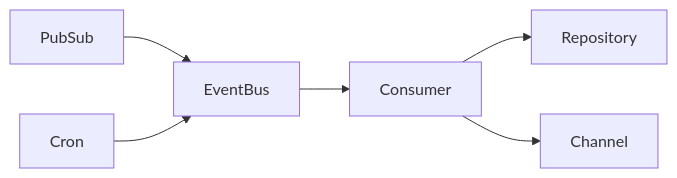
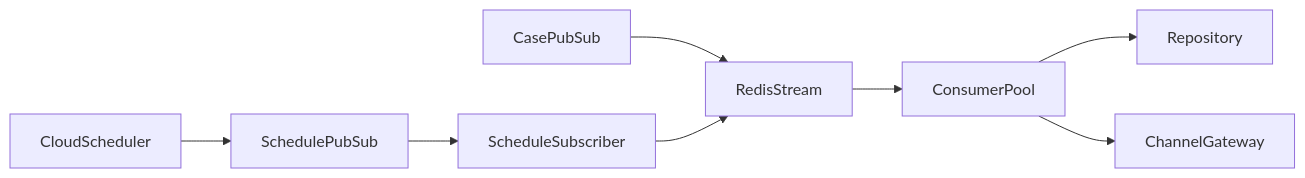
One commit to katherineliu2102/Intelligent-Collection-V1 changed the first of 3 diagrams in docs/MOCASA催收系统升级_Phase1_基础设施交互规范.md. Above: the diagram before and after it, drawn with Mermaid. The commit also changed other lines of this file and 107 other files, not shown here.

````diff
--- a/docs/MOCASA催收系统升级_Phase1_基础设施交互规范.md
+++ b/docs/MOCASA催收系统升级_Phase1_基础设施交互规范.md
@@ -70,8 +62,10 @@
 ```mermaid
 flowchart LR
-  PubSub[PubSub] --> EventBus[EventBus]
-  Cron[Cron] --> EventBus
-  EventBus --> Consumer[Consumer]
+  PubSub[CasePubSub] --> EventBus[RedisStream]
+  Scheduler[CloudScheduler] --> SchedPubSub[SchedulePubSub]
+  SchedPubSub --> Cron[ScheduleSubscriber]
+  Cron --> EventBus
+  EventBus --> Consumer[ConsumerPool]
   Consumer --> Repository[Repository]
-  Consumer --> Channel[Channel]
+  Consumer --> Channel[ChannelGateway]
 ```
````
